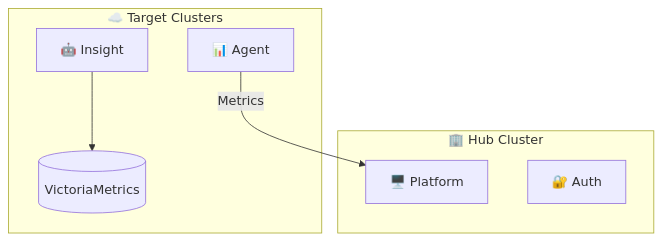
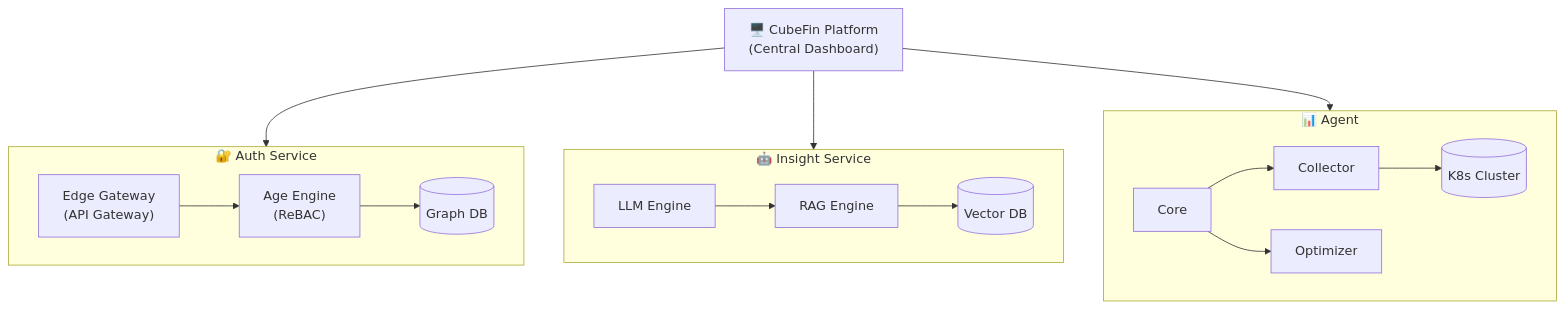
The diagram in profile/README.md (cubefin/.github), drawn with Mermaid before and after one commit. The commit also changed other lines of this file and 1 other file, not shown here.

````diff
--- a/profile/README.md
+++ b/profile/README.md
@@ -33,16 +146,34 @@
 ```mermaid
 graph TB
-    subgraph Hub ["🏢 Hub Cluster"]
-        Platform["🖥️ Platform"]
-        Auth["🔐 Auth"]
+    Platform["🖥️ CubeFin Platform<br/>(Central Dashboard)"]
+
+    Platform --> Auth
+    Platform --> Insight
+    Platform --> Agent
+
+    subgraph Auth["🔐 Auth Service"]
+        Edge["Edge Gateway<br/>(API Gateway)"]
+        Age["Age Engine<br/>(ReBAC)"]
+        GraphDB[(Graph DB)]
+        Edge --> Age
+        Age --> GraphDB
     end
 
-    subgraph Target ["☁️ Target Clusters"]
-        Agent["📊 Agent"]
-        Insight["🤖 Insight"]
-        VM[("VictoriaMetrics")]
-        Insight --> VM
+    subgraph Insight["🤖 Insight Service"]
+        LLM["LLM Engine"]
+        RAG["RAG Engine"]
+        VectorDB[(Vector DB)]
+        LLM --> RAG
+        RAG --> VectorDB
     end
 
-    Agent -->|Metrics| Platform
+    subgraph Agent["📊 Agent"]
+        Core["Core"]
+        Collector["Collector"]
+        Optimizer["Optimizer"]
+        K8s[("K8s Cluster")]
+        Core --> Collector
+        Core --> Optimizer
+        Collector --> K8s
+    end
 ```
````
